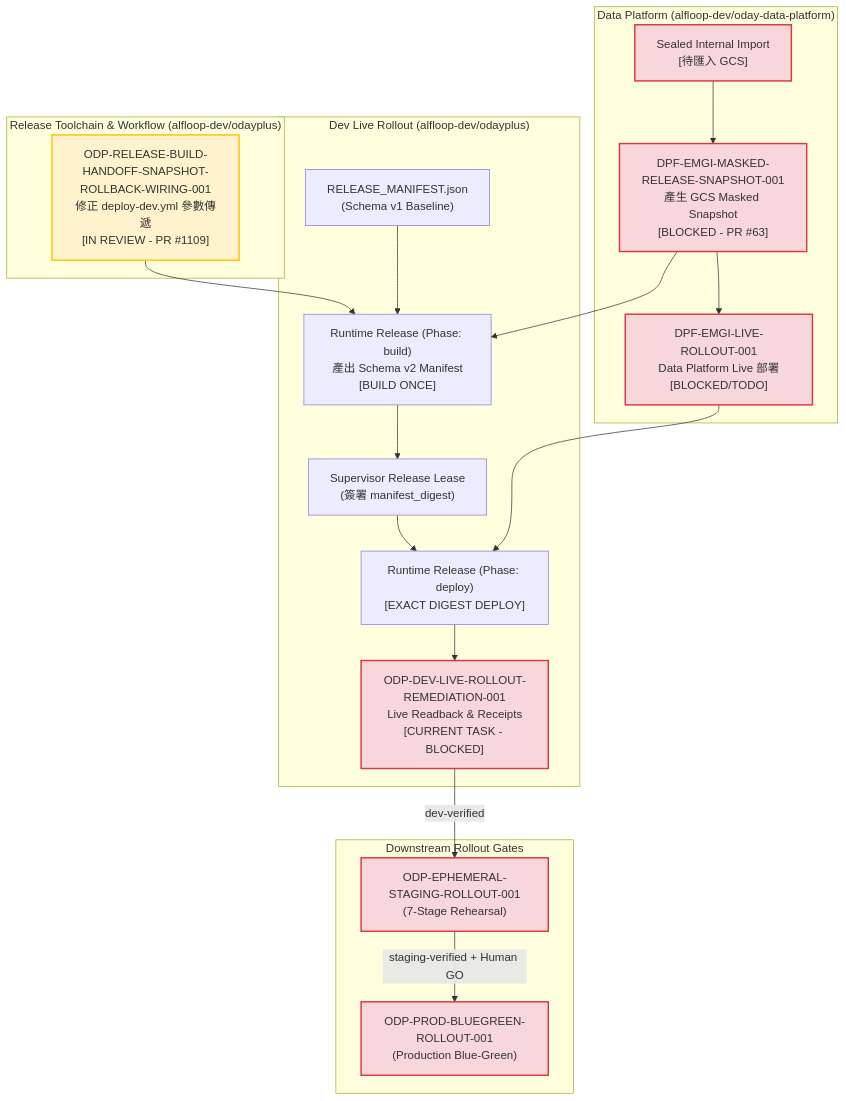
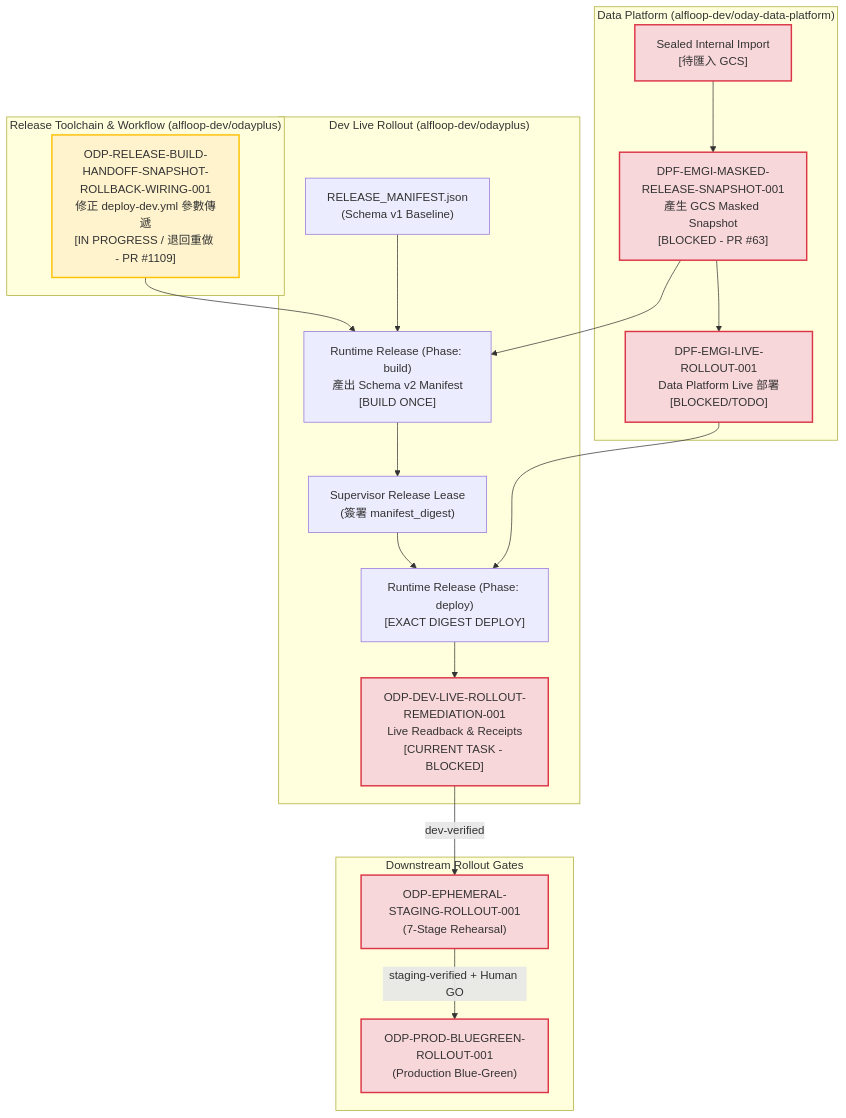
The diagram in support/sidecars/ODP-DEV-LIVE-ROLLOUT-REMEDIATION-001/ODP-DEV-LIVE-ROLLOUT-REMEDIATIO-SIDECAR-7CC5581A.md (alfloop-dev/odayplus), drawn with Mermaid before and after one commit. The commit also changed other lines of this file, not shown here.

First line of the commit message:
ODP-DEV-LIVE-ROLLOUT-REMEDIATIO-SIDECAR-7CC5581A: update blocker state

````diff
--- a/support/sidecars/ODP-DEV-LIVE-ROLLOUT-REMEDIATION-001/ODP-DEV-LIVE-ROLLOUT-REMEDIATIO-SIDECAR-7CC5581A.md
+++ b/support/sidecars/ODP-DEV-LIVE-ROLLOUT-REMEDIATION-001/ODP-DEV-LIVE-ROLLOUT-REMEDIATIO-SIDECAR-7CC5581A.md
@@ -164,31 +167,31 @@
 ```mermaid
 flowchart TD
     subgraph Toolchain_Layer ["Release Toolchain & Workflow (alfloop-dev/odayplus)"]
-        WIRING["ODP-RELEASE-BUILD-HANDOFF-SNAPSHOT-ROLLBACK-WIRING-001<br/>修正 deploy-dev.yml 參數傳遞<br/>[IN REVIEW - PR #1109]"]
+        WIRING["ODP-RELEASE-BUILD-HANDOFF-SNAPSHOT-ROLLBACK-WIRING-001<br/>修正 deploy-dev.yml 參數傳遞<br/>[IN PROGRESS / 退回重做 - PR #1109]"]
     end
 
     subgraph Data_Platform_Layer ["Data Platform (alfloop-dev/oday-data-platform)"]
         SEALED["Sealed Internal Import<br/>[待匯入 GCS]"] --> MASKED_SNAP["DPF-EMGI-MASKED-RELEASE-SNAPSHOT-001<br/>產生 GCS Masked Snapshot<br/>[BLOCKED - PR #63]"]
         MASKED_SNAP --> DPF_DEPLOY["DPF-EMGI-LIVE-ROLLOUT-001<br/>Data Platform Live 部署<br/>[BLOCKED/TODO]"]
     end
 
     subgraph Dev_Rollout_Layer ["Dev Live Rollout (alfloop-dev/odayplus)"]
         MANIFEST_V1["RELEASE_MANIFEST.json<br/>(Schema v1 Baseline)"]
         WIRING & MASKED_SNAP & MANIFEST_V1 --> BUILD_PHASE["Runtime Release (Phase: build)<br/>產出 Schema v2 Manifest<br/>[BUILD ONCE]"]
         BUILD_PHASE --> LEASE["Supervisor Release Lease<br/>(簽署 manifest_digest)"]
         LEASE & DPF_DEPLOY --> DEPLOY_PHASE["Runtime Release (Phase: deploy)<br/>[EXACT DIGEST DEPLOY]"]
         DEPLOY_PHASE --> DEV_ROLLOUT["ODP-DEV-LIVE-ROLLOUT-REMEDIATION-001<br/>Live Readback & Receipts<br/>[CURRENT TASK - BLOCKED]"]
     end
 
     subgraph Downstream_Gates ["Downstream Rollout Gates"]
         DEV_ROLLOUT -->|dev-verified| STAGING["ODP-EPHEMERAL-STAGING-ROLLOUT-001<br/>(7-Stage Rehearsal)"]
         STAGING -->|staging-verified + Human GO| PROD["ODP-PROD-BLUEGREEN-ROLLOUT-001<br/>(Production Blue-Green)"]
     end
 
     classDef done fill:#d4edda,stroke:#28a745,stroke-width:2px;
     classDef blocked fill:#f8d7da,stroke:#dc3545,stroke-width:2px;
-    classDef inreview fill:#fff3cd,stroke:#ffc107,stroke-width:2px;
+    classDef inprogress fill:#fff3cd,stroke:#ffc107,stroke-width:2px;
 
-    class WIRING inreview;
+    class WIRING inprogress;
     class SEALED,MASKED_SNAP,DPF_DEPLOY,DEV_ROLLOUT,STAGING,PROD blocked;
 ```
````
